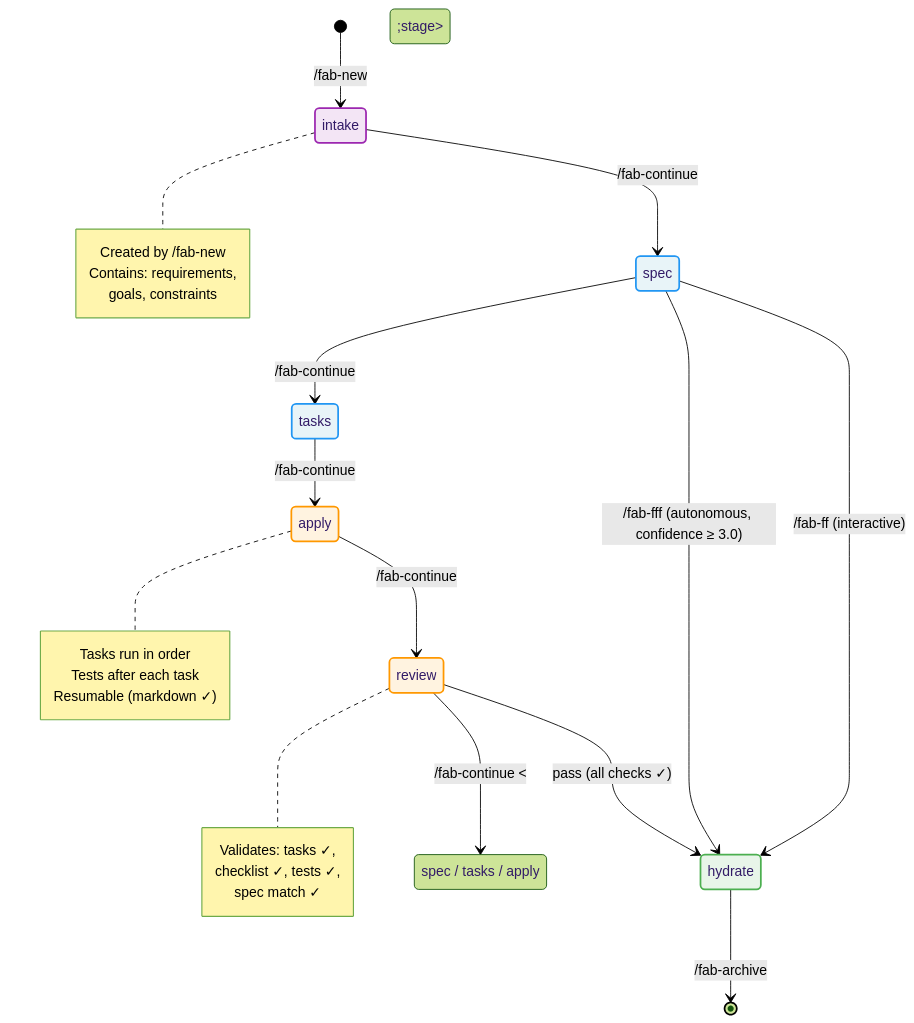
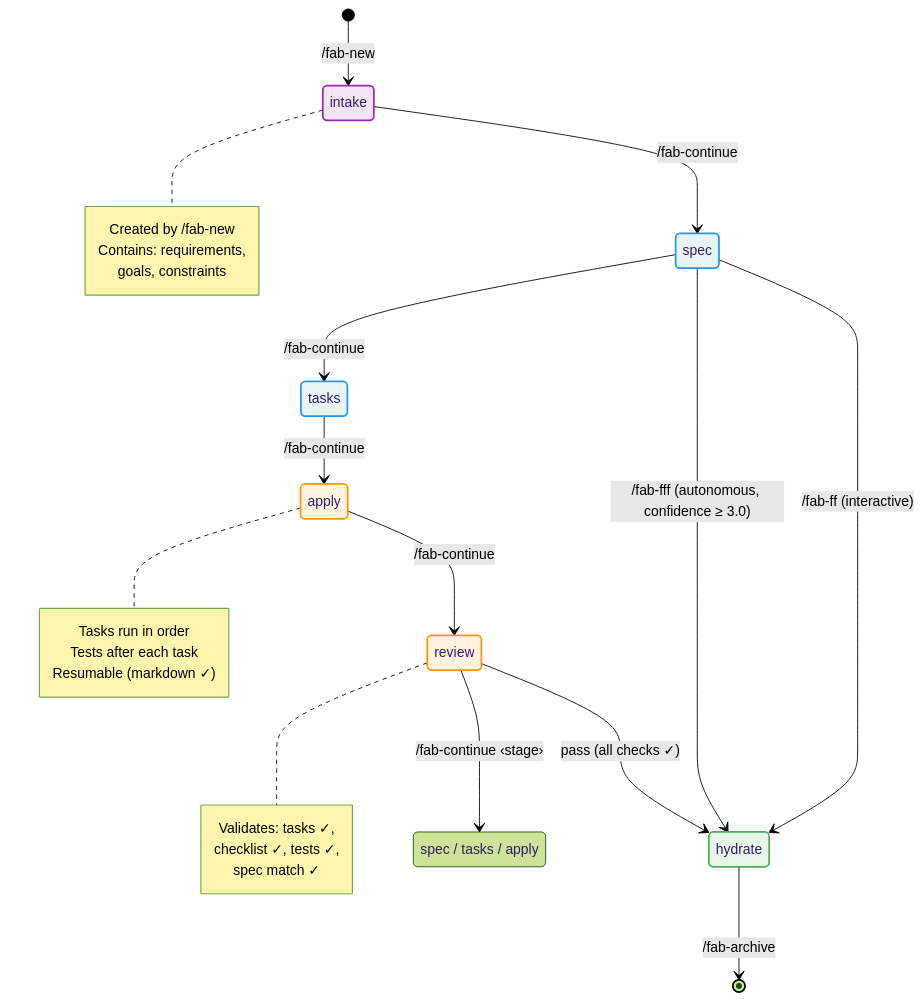
One commit to sahil87/fab-kit changed the fourth of 4 diagrams in docs/specs/user-flow.md. Above: the diagram before and after it, drawn with Mermaid (forest theme).

Commit message:
Fixing diagram

````diff
--- a/docs/specs/user-flow.md
+++ b/docs/specs/user-flow.md
@@ -175,52 +175,52 @@
 ```mermaid
 stateDiagram-v2
     direction TB
 
     [*] --> intake: /fab-new
 
     intake --> spec: /fab-continue
 
     spec --> tasks: /fab-continue
     spec --> hydrate: /fab-ff (interactive)
     spec --> hydrate: /fab-fff (autonomous, confidence ≥ 3.0)
 
     tasks --> apply: /fab-continue
 
     apply --> review: /fab-continue
 
     review --> hydrate: pass (all checks ✓)
-    review --> earlier_stage: /fab-continue &lt;stage&gt;
+    review --> earlier_stage: /fab-continue ‹stage›
 
     state "spec / tasks / apply" as earlier_stage
 
     hydrate --> [*]: /fab-archive
 
     note right of intake
         Created by /fab-new
         Contains: requirements,
         goals, constraints
     end note
 
     note right of apply
         Tasks run in order
         Tests after each task
         Resumable (markdown ✓)
     end note
 
     note right of review
         Validates: tasks ✓,
         checklist ✓, tests ✓,
         spec match ✓
     end note
 
     %% Styles
     classDef planning fill:#e8f4f8,stroke:#2196F3,stroke-width:2px
     classDef execution fill:#fff3e0,stroke:#FF9800,stroke-width:2px
     classDef completion fill:#e8f5e9,stroke:#4CAF50,stroke-width:2px
     classDef input fill:#f3e5f5,stroke:#9C27B0,stroke-width:2px
 
     class intake input
     class spec,tasks planning
     class apply,review execution
     class hydrate completion
 ```
````
